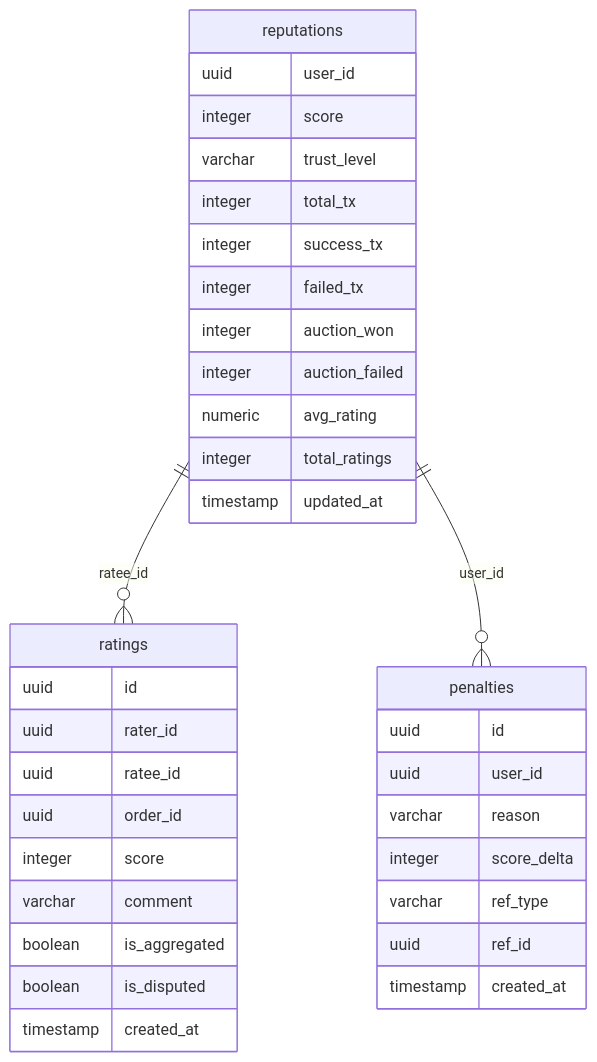
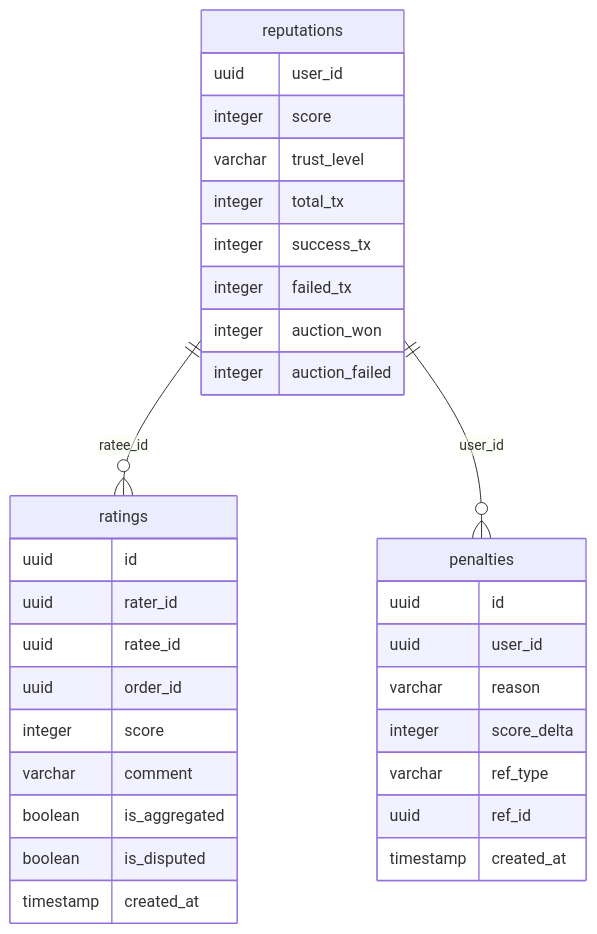
The seventh of 7 diagrams in docs/database/ERD.md (harry-leon/e-commerce-auction), drawn with Mermaid before and after one commit. The commit also changed other lines of this file and 5 other files, not shown here.

First line of the commit message:
docs(docs): document and verify final ERD alignment

````diff
--- a/docs/database/ERD.md
+++ b/docs/database/ERD.md
@@ -392,38 +378,35 @@
 ```mermaid
 erDiagram
   reputations {
     uuid user_id
     integer score
     varchar trust_level
     integer total_tx
     integer success_tx
     integer failed_tx
     integer auction_won
     integer auction_failed
-    numeric avg_rating
-    integer total_ratings
-    timestamp updated_at
   }
   ratings {
     uuid id
     uuid rater_id
     uuid ratee_id
     uuid order_id
     integer score
     varchar comment
     boolean is_aggregated
     boolean is_disputed
     timestamp created_at
   }
   penalties {
     uuid id
     uuid user_id
     varchar reason
     integer score_delta
     varchar ref_type
     uuid ref_id
     timestamp created_at
   }
   reputations ||--o{ ratings : ratee_id
   reputations ||--o{ penalties : user_id
 ```
````
